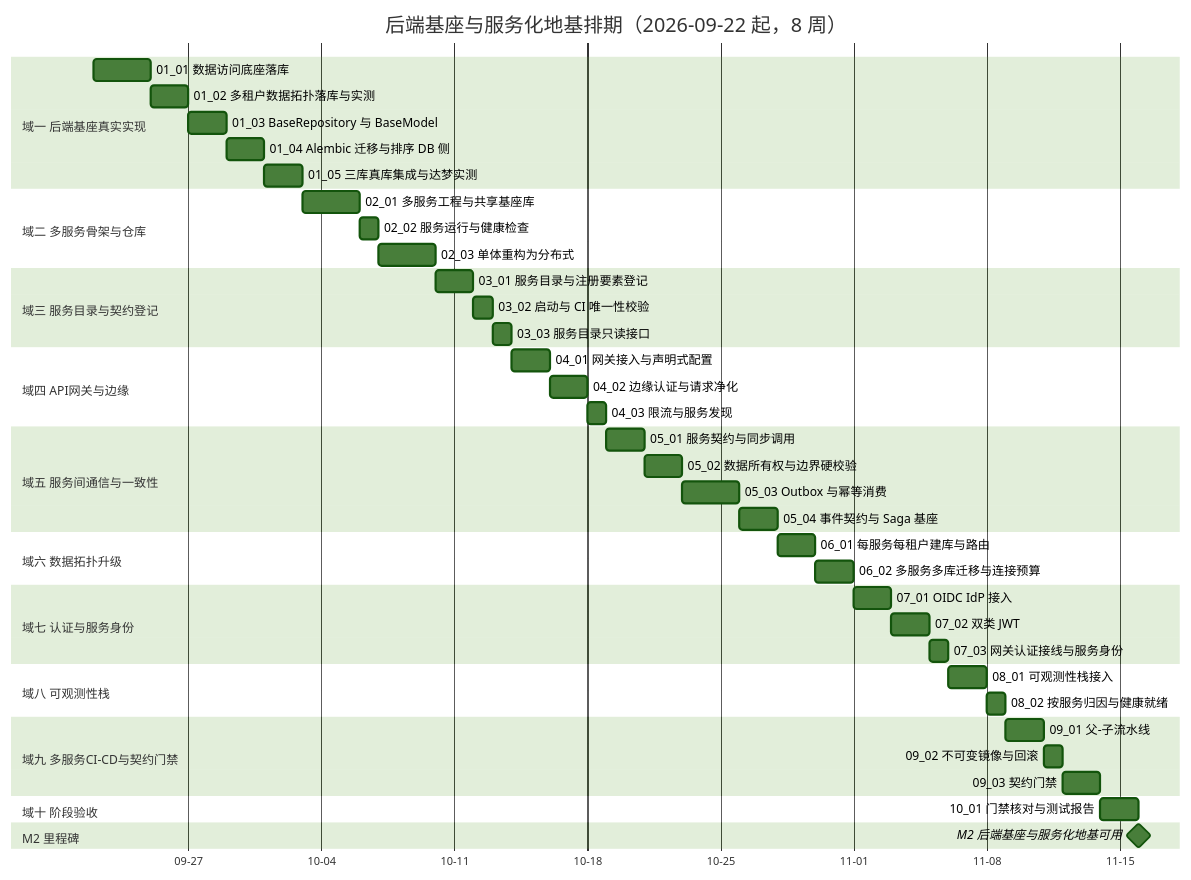
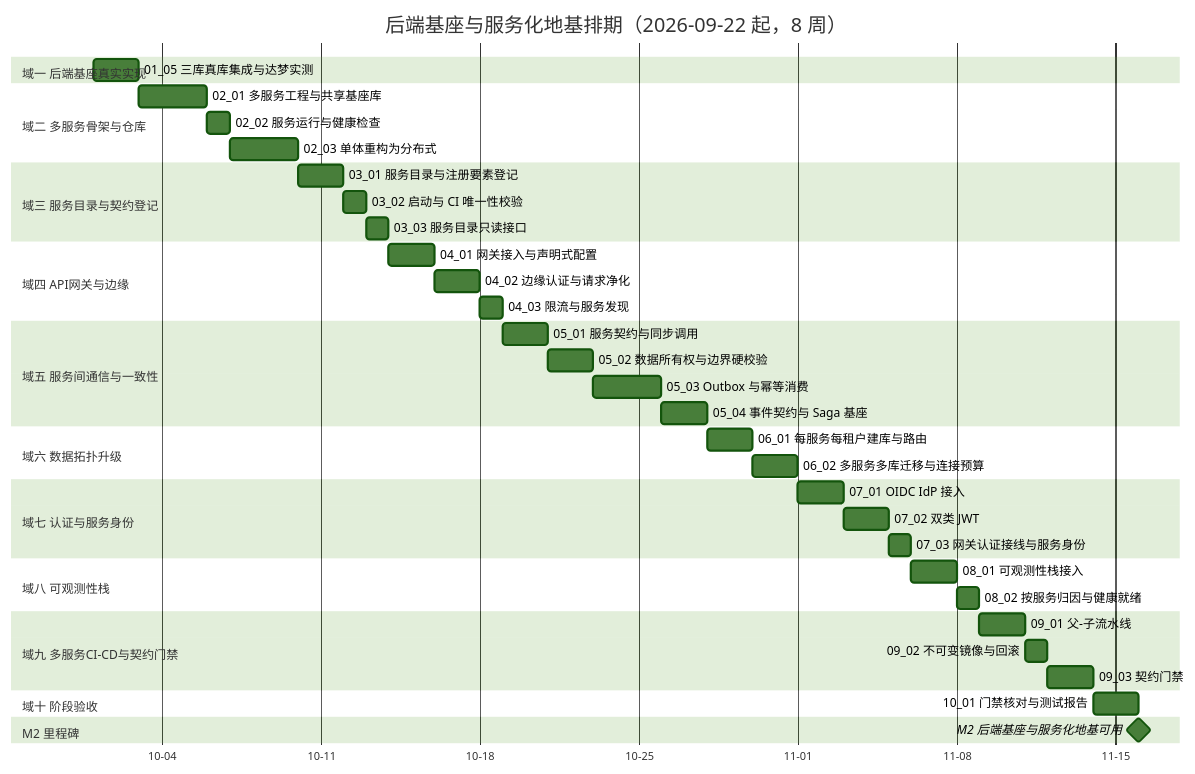
Before and after one commit to minjian123/basic-management-system: the diagram in bms文档/项目/02_后端基座与服务化地基/计划/01_计划_后端基座与服务化地基.md, drawn with Mermaid (forest theme). The commit also changed other lines of this file and 23 other files, not shown here.

````diff
--- a/bms文档/项目/02_后端基座与服务化地基/计划/01_计划_后端基座与服务化地基.md
+++ b/bms文档/项目/02_后端基座与服务化地基/计划/01_计划_后端基座与服务化地基.md
@@ -57,47 +57,43 @@
 ```mermaid
 gantt
     title 后端基座与服务化地基排期（2026-09-22 起，8 周）
     dateFormat  YYYY-MM-DD
     axisFormat %m-%d
     section 域一 后端基座真实实现
-    01_01 数据访问底座落库 :a0101, 2026-09-22, 3d
-    01_02 多租户数据拓扑落库与实测 :a0102, after a0101, 2d
-    01_03 BaseRepository 与 BaseModel :a0103, after a0102, 2d
-    01_04 Alembic 迁移与排序 DB 侧 :a0104, after a0103, 2d
-    01_05 三库真库集成与达梦实测 :a0105, after a0104, 2d
+    01_05 三库真库集成与达梦实测 :a0105, 2026-10-01, 2d
     section 域二 多服务骨架与仓库
     02_01 多服务工程与共享基座库 :a0201, after a0105, 3d
     02_02 服务运行与健康检查 :a0202, after a0201, 1d
     02_03 单体重构为分布式 :a0203, after a0202, 3d
     section 域三 服务目录与契约登记
     03_01 服务目录与注册要素登记 :a0301, after a0203, 2d
     03_02 启动与 CI 唯一性校验 :a0302, after a0301, 1d
     03_03 服务目录只读接口 :a0303, after a0302, 1d
     section 域四 API网关与边缘
     04_01 网关接入与声明式配置 :a0401, after a0303, 2d
     04_02 边缘认证与请求净化 :a0402, after a0401, 2d
     04_03 限流与服务发现 :a0403, after a0402, 1d
     section 域五 服务间通信与一致性
     05_01 服务契约与同步调用 :a0501, after a0403, 2d
     05_02 数据所有权与边界硬校验 :a0502, after a0501, 2d
     05_03 Outbox 与幂等消费 :a0503, after a0502, 3d
     05_04 事件契约与 Saga 基座 :a0504, after a0503, 2d
     section 域六 数据拓扑升级
     06_01 每服务每租户建库与路由 :a0601, after a0504, 2d
     06_02 多服务多库迁移与连接预算 :a0602, after a0601, 2d
     section 域七 认证与服务身份
     07_01 OIDC IdP 接入 :a0701, after a0602, 2d
     07_02 双类 JWT :a0702, after a0701, 2d
     07_03 网关认证接线与服务身份 :a0703, after a0702, 1d
     section 域八 可观测性栈
     08_01 可观测性栈接入 :a0801, after a0703, 2d
     08_02 按服务归因与健康就绪 :a0802, after a0801, 1d
     section 域九 多服务CI-CD与契约门禁
     09_01 父-子流水线 :a0901, after a0802, 2d
     09_02 不可变镜像与回滚 :a0902, after a0901, 1d
     09_03 契约门禁 :a0903, after a0902, 2d
     section 域十 阶段验收
     10_01 门禁核对与测试报告 :a1001, after a0903, 2d
     section M2 里程碑
     M2 后端基座与服务化地基可用 :milestone, mm2, after a1001, 0d
 ```
````
